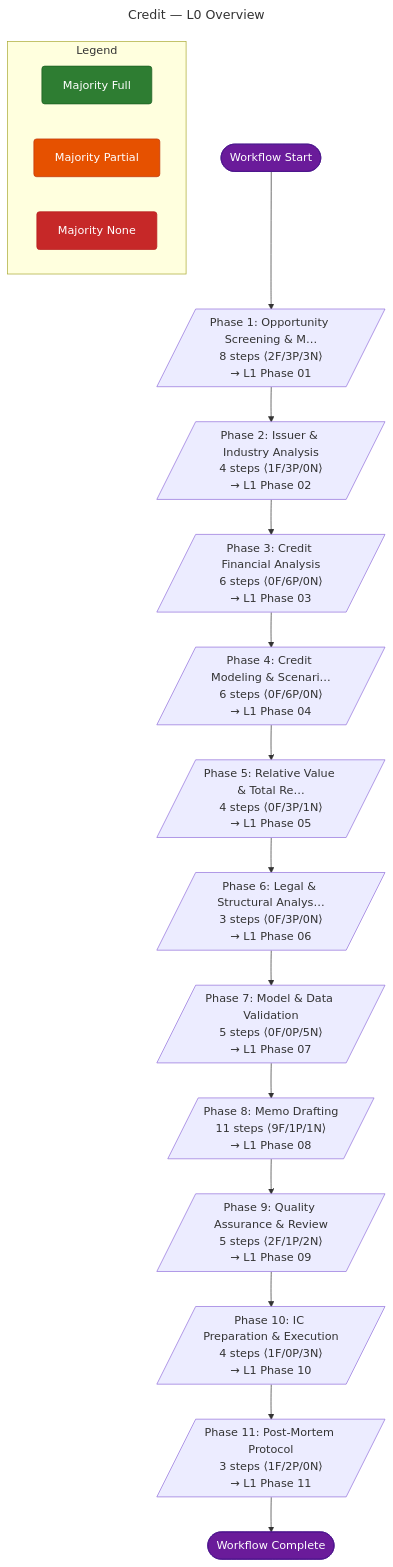
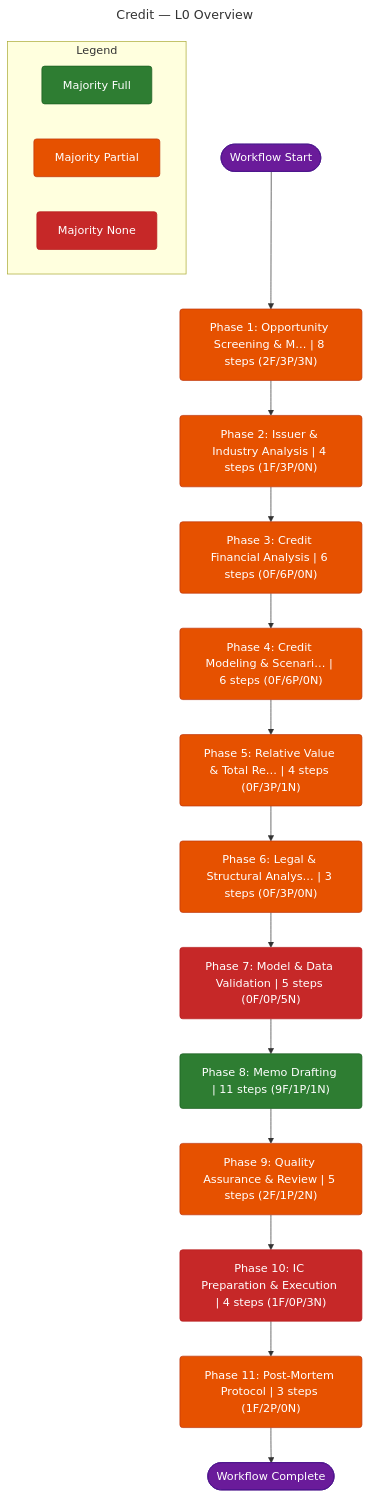
The diagram in credit_L0_overview.mermaid (qaz027/credit_memo_workflow), drawn with Mermaid before and after one commit.

```diff
--- a/credit_L0_overview.mermaid
+++ b/credit_L0_overview.mermaid
@@ -1,46 +1,46 @@
 ---
 title: "Credit — L0 Overview"
 ---
 flowchart TD
     classDef llmFull fill:#2E7D32,stroke:#1B5E20,color:#fff,rx:4,ry:4
     classDef llmPartial fill:#E65100,stroke:#BF360C,color:#fff,rx:4,ry:4
     classDef llmNone fill:#C62828,stroke:#B71C1C,color:#fff,rx:4,ry:4
     classDef gate fill:#F9A825,stroke:#F57F17,color:#1a202c,font-weight:bold,rx:4,ry:4
     classDef decision fill:#1565C0,stroke:#0D47A1,color:#fff,rx:12,ry:12
     classDef endpoint fill:#6A1B9A,stroke:#4A148C,color:#fff,rx:20,ry:20
     classDef handoff fill:#4527A0,stroke:#311B92,color:#fff,rx:4,ry:4
     classDef futureUpgrade fill:#2E7D32,stroke:#1B5E20,color:#fff,rx:4,ry:4,stroke-width:3px,stroke-dasharray:5 5
 
-    ENTRY([Workflow Start]):::endpoint
+    ENTRY(["Workflow Start"]):::endpoint
 
-    P1[/Phase 1: Opportunity Screening & M…\n8 steps ⟨2F/3P/3N⟩\n→ L1 Phase 01/]:::subproc
+    P1["Phase 1: Opportunity Screening & M… | 8 steps (2F/3P/3N)"]:::llmPartial
     ENTRY --> P1
-    P2[/Phase 2: Issuer & Industry Analysis\n4 steps ⟨1F/3P/0N⟩\n→ L1 Phase 02/]:::subproc
+    P2["Phase 2: Issuer & Industry Analysis | 4 steps (1F/3P/0N)"]:::llmPartial
     P1 --> P2
-    P3[/Phase 3: Credit Financial Analysis\n6 steps ⟨0F/6P/0N⟩\n→ L1 Phase 03/]:::subproc
+    P3["Phase 3: Credit Financial Analysis | 6 steps (0F/6P/0N)"]:::llmPartial
     P2 --> P3
-    P4[/Phase 4: Credit Modeling & Scenari…\n6 steps ⟨0F/6P/0N⟩\n→ L1 Phase 04/]:::subproc
+    P4["Phase 4: Credit Modeling & Scenari… | 6 steps (0F/6P/0N)"]:::llmPartial
     P3 --> P4
-    P5[/Phase 5: Relative Value & Total Re…\n4 steps ⟨0F/3P/1N⟩\n→ L1 Phase 05/]:::subproc
+    P5["Phase 5: Relative Value & Total Re… | 4 steps (0F/3P/1N)"]:::llmPartial
     P4 --> P5
-    P6[/Phase 6: Legal & Structural Analys…\n3 steps ⟨0F/3P/0N⟩\n→ L1 Phase 06/]:::subproc
+    P6["Phase 6: Legal & Structural Analys… | 3 steps (0F/3P/0N)"]:::llmPartial
     P5 --> P6
-    P7[/Phase 7: Model & Data Validation\n5 steps ⟨0F/0P/5N⟩\n→ L1 Phase 07/]:::subproc
+    P7["Phase 7: Model & Data Validation | 5 steps (0F/0P/5N)"]:::llmNone
     P6 --> P7
-    P8[/Phase 8: Memo Drafting\n11 steps ⟨9F/1P/1N⟩\n→ L1 Phase 08/]:::subproc
+    P8["Phase 8: Memo Drafting | 11 steps (9F/1P/1N)"]:::llmFull
     P7 --> P8
-    P9[/Phase 9: Quality Assurance & Review\n5 steps ⟨2F/1P/2N⟩\n→ L1 Phase 09/]:::subproc
+    P9["Phase 9: Quality Assurance & Review | 5 steps (2F/1P/2N)"]:::llmPartial
     P8 --> P9
-    P10[/Phase 10: IC Preparation & Execution\n4 steps ⟨1F/0P/3N⟩\n→ L1 Phase 10/]:::subproc
+    P10["Phase 10: IC Preparation & Execution | 4 steps (1F/0P/3N)"]:::llmNone
     P9 --> P10
-    P11[/Phase 11: Post-Mortem Protocol\n3 steps ⟨1F/2P/0N⟩\n→ L1 Phase 11/]:::subproc
+    P11["Phase 11: Post-Mortem Protocol | 3 steps (1F/2P/0N)"]:::llmPartial
     P10 --> P11
 
-    P11 --> DONE([Workflow Complete]):::endpoint
+    P11 --> DONE(["Workflow Complete"]):::endpoint
 
     subgraph Legend
         direction LR
-        LEG_F[Majority Full]:::llmFull
-        LEG_P[Majority Partial]:::llmPartial
-        LEG_N[Majority None]:::llmNone
+        LEG_F["Majority Full"]:::llmFull
+        LEG_P["Majority Partial"]:::llmPartial
+        LEG_N["Majority None"]:::llmNone
     end
```
